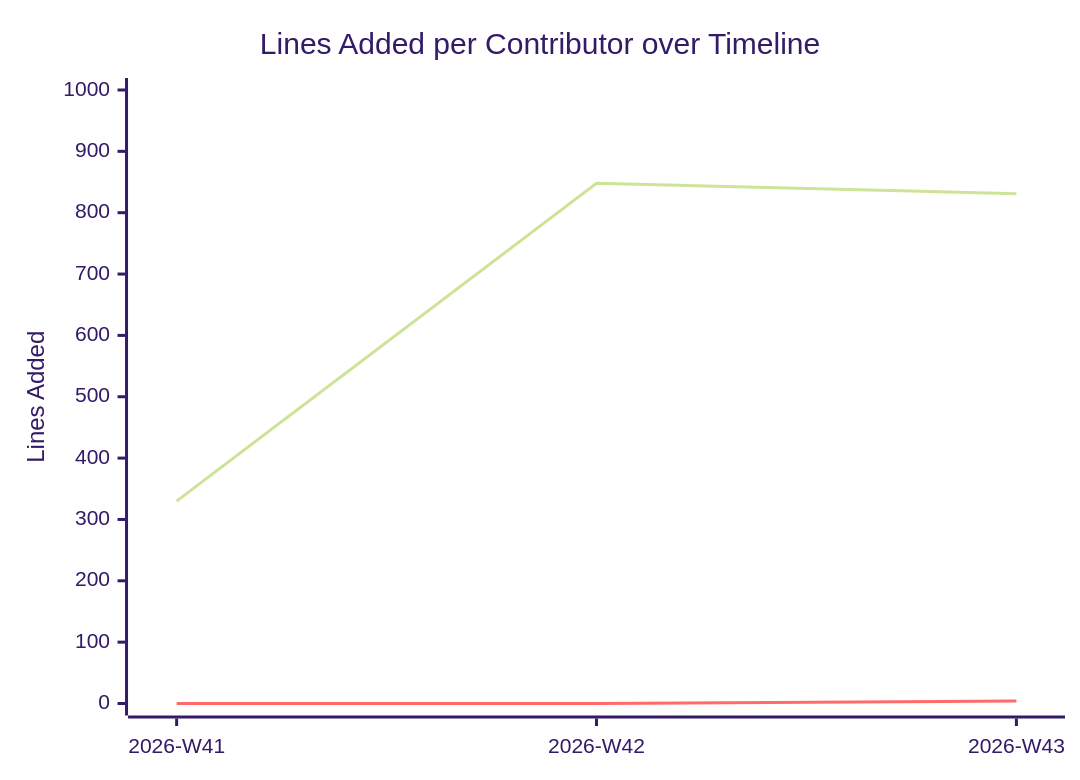
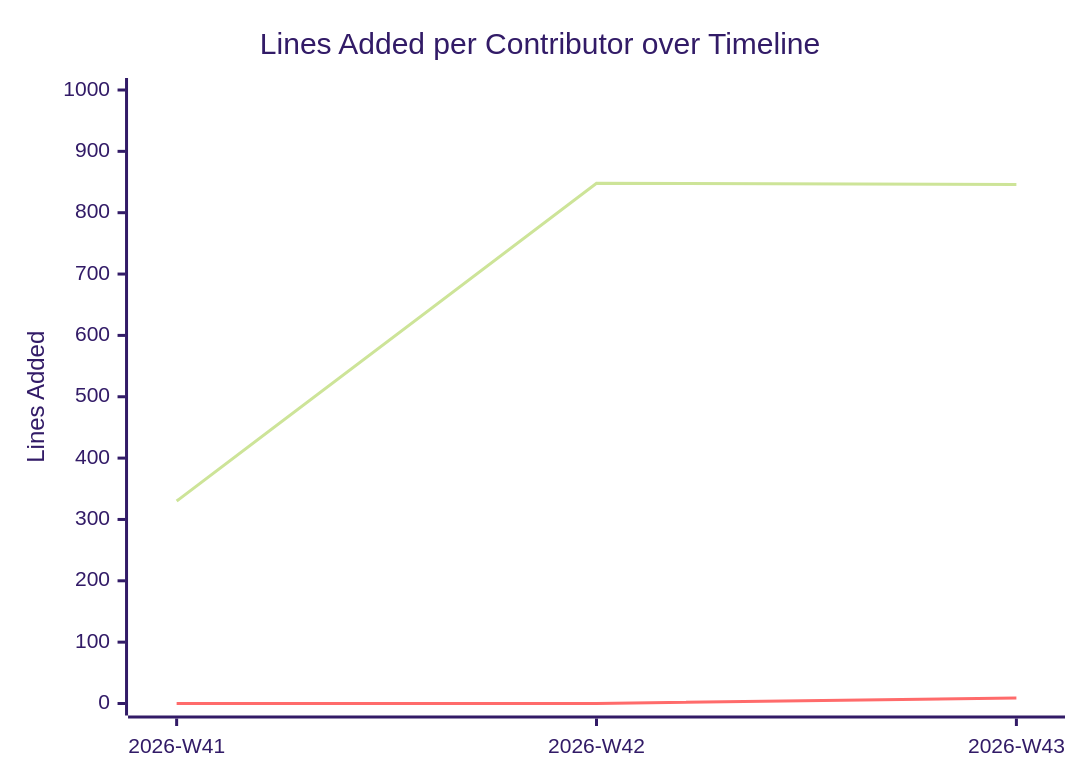
Before and after one commit to BeyondMagic/swe-template: the diagram in documentation/snippets/management/code-additions.mmd, drawn with Mermaid (forest theme). The commit also changed 2 other files, not shown here.

```diff
--- a/documentation/snippets/management/code-additions.mmd
+++ b/documentation/snippets/management/code-additions.mmd
@@ -1,6 +1,6 @@
 xychart-beta
     title "Lines Added per Contributor over Timeline"
     x-axis ["2026-W41", "2026-W42", "2026-W43"]
     y-axis "Lines Added" 0 --> 1000
-    line [330, 848, 831]
-    line [0, 0, 4]
+    line [330, 848, 846]
+    line [0, 0, 9]
```
